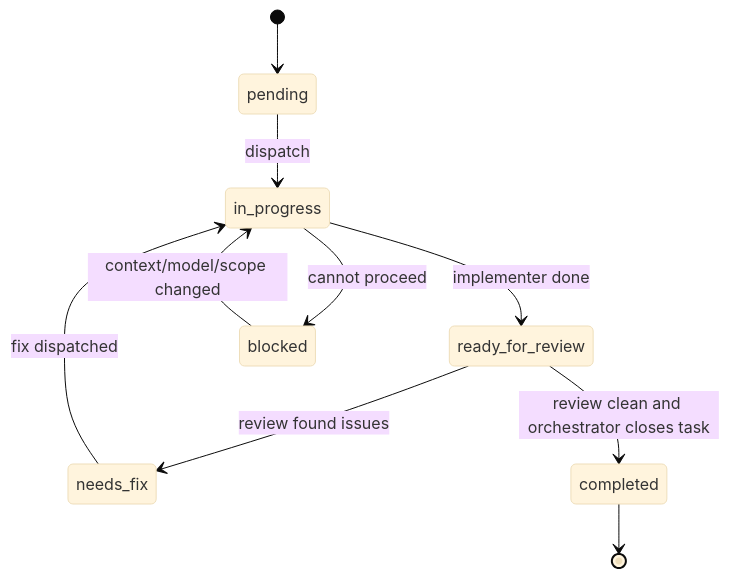
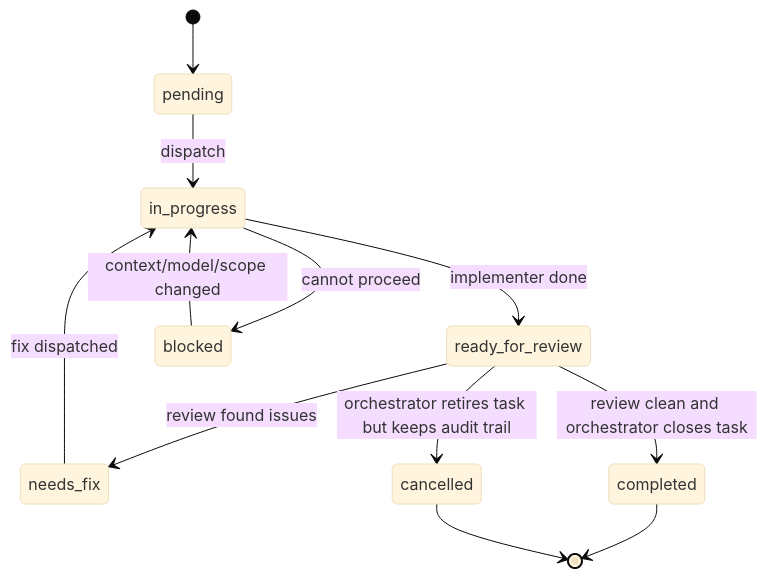
One commit to gugacarbo/agents-skills changed diagram 11 of 11 in super-planning/docs/AGENT-DECISION-FLOW.md. Above: the diagram before and after it, drawn with Mermaid (base theme). The commit also changed other lines of this file and 19 other files, not shown here.

````diff
--- a/super-planning/docs/AGENT-DECISION-FLOW.md
+++ b/super-planning/docs/AGENT-DECISION-FLOW.md
@@ -240,12 +241,14 @@
 ```mermaid
 stateDiagram-v2
     [*] --> pending
     pending --> in_progress: dispatch
     in_progress --> ready_for_review: implementer done
     ready_for_review --> needs_fix: review found issues
     needs_fix --> in_progress: fix dispatched
     in_progress --> blocked: cannot proceed
     blocked --> in_progress: context/model/scope changed
     ready_for_review --> completed: review clean and orchestrator closes task
+    ready_for_review --> cancelled: orchestrator retires task but keeps audit trail
     completed --> [*]
+    cancelled --> [*]
 ```
````
